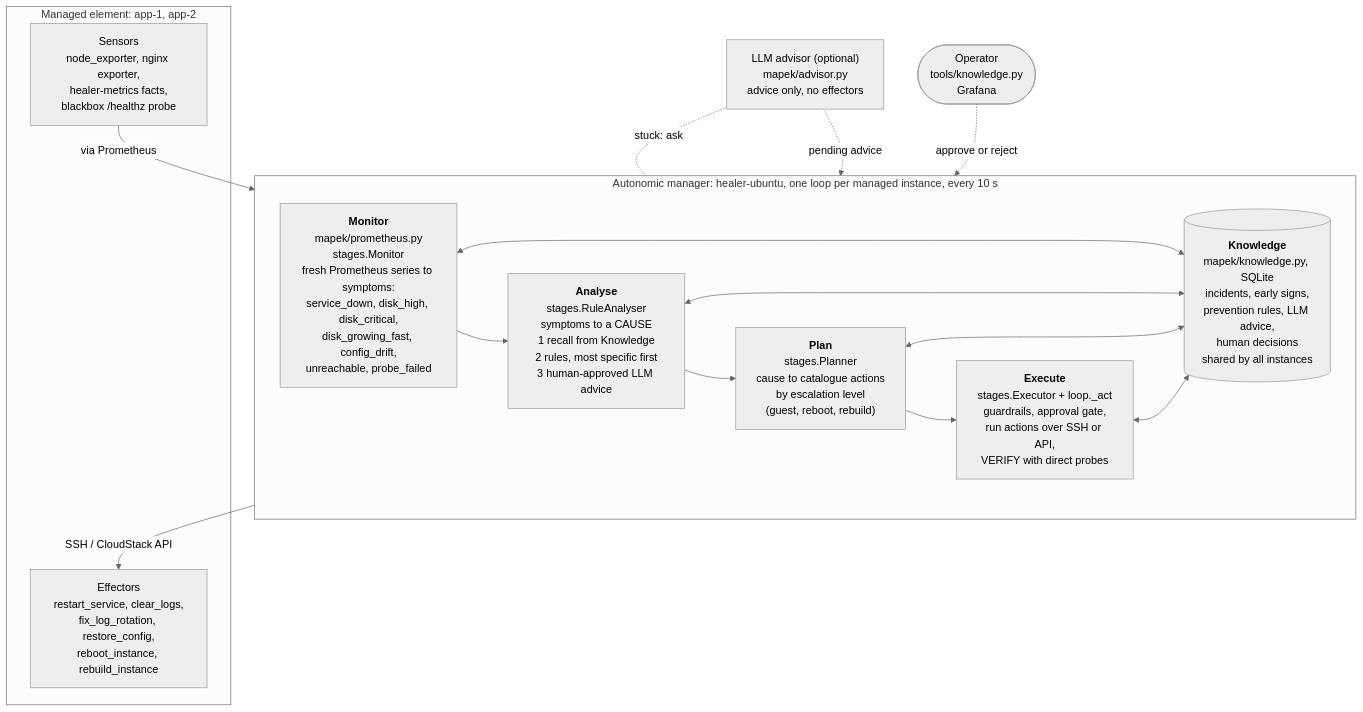
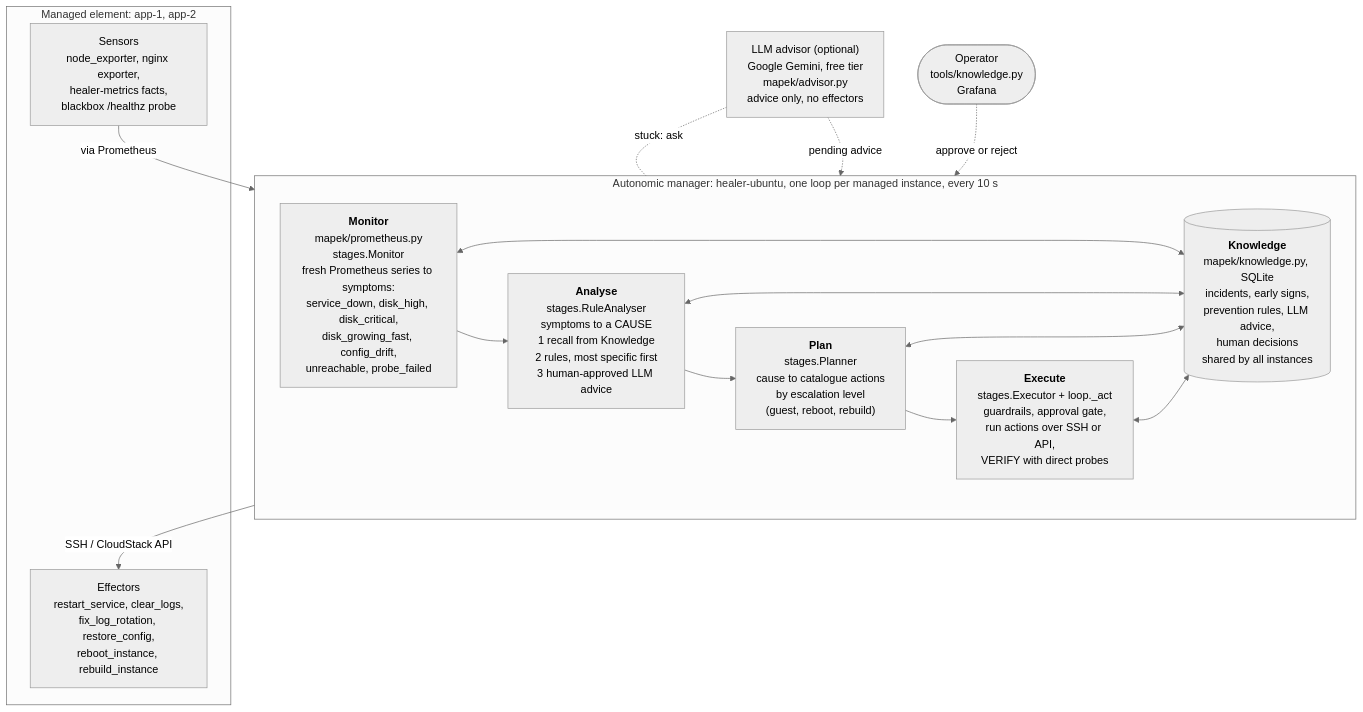
Before and after one commit to TusharShingrani/Self-healing-infrastructure: the third of 9 diagrams in docs/architecture.md, drawn with Mermaid (neutral theme). The commit also changed other lines of this file and 7 other files, not shown here.

First line of the commit message:
LLM advisor: Google Gemini free tier over REST instead of Claude

````diff
--- a/docs/architecture.md
+++ b/docs/architecture.md
@@ -106,25 +107,25 @@
 ```mermaid
 flowchart TB
     subgraph AM["Autonomic manager: healer-ubuntu, one loop per managed instance, every 10 s"]
         direction LR
         M["<b>Monitor</b><br/>mapek/prometheus.py<br/>stages.Monitor<br/>fresh Prometheus series to symptoms:<br/>service_down, disk_high, disk_critical,<br/>disk_growing_fast, config_drift,<br/>unreachable, probe_failed"]
         A["<b>Analyse</b><br/>stages.RuleAnalyser<br/>symptoms to a CAUSE<br/>1 recall from Knowledge<br/>2 rules, most specific first<br/>3 human-approved LLM advice"]
         P["<b>Plan</b><br/>stages.Planner<br/>cause to catalogue actions<br/>by escalation level<br/>(guest, reboot, rebuild)"]
         E["<b>Execute</b><br/>stages.Executor + loop._act<br/>guardrails, approval gate,<br/>run actions over SSH or API,<br/>VERIFY with direct probes"]
         K[("<b>Knowledge</b><br/>mapek/knowledge.py, SQLite<br/>incidents, early signs,<br/>prevention rules, LLM advice,<br/>human decisions<br/>shared by all instances")]
         M --> A --> P --> E
         M <--> K
         A <--> K
         P <--> K
         E <--> K
     end
     subgraph ME["Managed element: app-1, app-2"]
         S["Sensors<br/>node_exporter, nginx exporter,<br/>healer-metrics facts,<br/>blackbox /healthz probe"]
         EF["Effectors<br/>restart_service, clear_logs,<br/>fix_log_rotation, restore_config,<br/>reboot_instance, rebuild_instance"]
     end
     S -- "via Prometheus" --> M
     E -- "SSH / CloudStack API" --> EF
-    ADV["LLM advisor (optional)<br/>mapek/advisor.py<br/>advice only, no effectors"] -. "stuck: ask" .- A
+    ADV["LLM advisor (optional)<br/>Google Gemini, free tier<br/>mapek/advisor.py<br/>advice only, no effectors"] -. "stuck: ask" .- A
     ADV -. "pending advice" .-> K
     HUM(["Operator<br/>tools/knowledge.py<br/>Grafana"]) -. "approve or reject" .-> K
 ```
````
